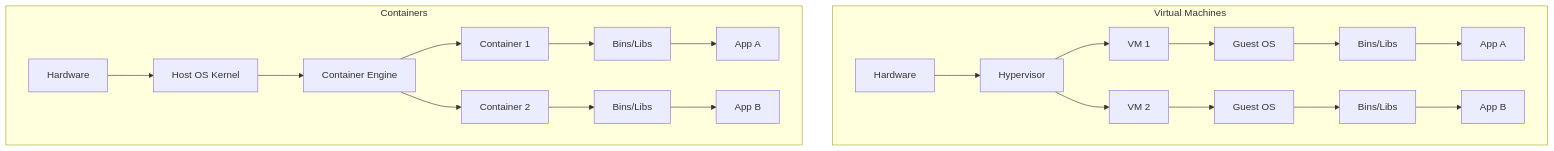
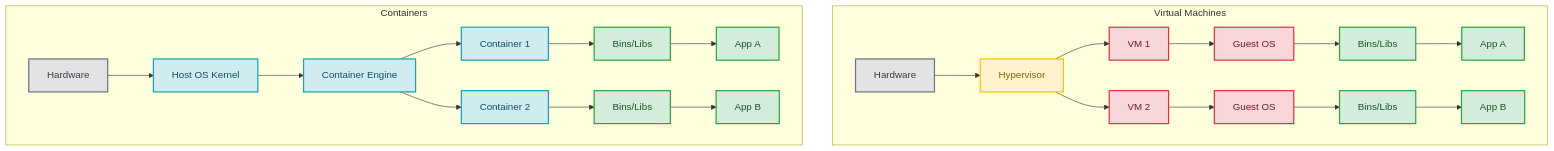
The diagram in src/pages/02-hld/cloud-containers/containers/index.mdx (akshay-k-r/Interview-Prep-Resource), drawn with Mermaid before and after one commit. The commit also changed 29 other files, not shown here.

````diff
--- a/src/pages/02-hld/cloud-containers/containers/index.mdx
+++ b/src/pages/02-hld/cloud-containers/containers/index.mdx
@@ -28,29 +28,42 @@
 ```mermaid
 graph TD
     subgraph Virtual Machines
         HW1[Hardware] --> Hyp1[Hypervisor]
         Hyp1 --> VM1[VM 1]
         Hyp1 --> VM2[VM 2]
         
         VM1 --> OS1[Guest OS]
         OS1 --> Lib1[Bins/Libs]
         Lib1 --> App1[App A]
         
         VM2 --> OS2[Guest OS]
         OS2 --> Lib2[Bins/Libs]
         Lib2 --> App2[App B]
     end
     
     subgraph Containers
         HW2[Hardware] --> OS3[Host OS Kernel]
         OS3 --> Docker[Container Engine]
         
         Docker --> C1[Container 1]
         C1 --> L1[Bins/Libs]
         L1 --> A1[App A]
         
         Docker --> C2[Container 2]
         C2 --> L2[Bins/Libs]
         L2 --> A2[App B]
     end
+
+    %% Styles
+    classDef hw fill:#e2e3e5,stroke:#6c757d,stroke-width:2px,color:#383d41;
+    classDef hyper fill:#fff3cd,stroke:#ffc107,stroke-width:2px,color:#856404;
+    classDef vm fill:#f8d7da,stroke:#dc3545,stroke-width:2px,color:#721c24;
+    classDef container fill:#d1ecf1,stroke:#17a2b8,stroke-width:2px,color:#0c5460;
+    classDef app fill:#d4edda,stroke:#28a745,stroke-width:2px,color:#155724;
+
+    class HW1,HW2 hw;
+    class Hyp1 hyper;
+    class VM1,VM2,OS1,OS2 vm;
+    class OS3,Docker,C1,C2 container;
+    class Lib1,Lib2,L1,L2,App1,App2,A1,A2 app;
 ```
````
